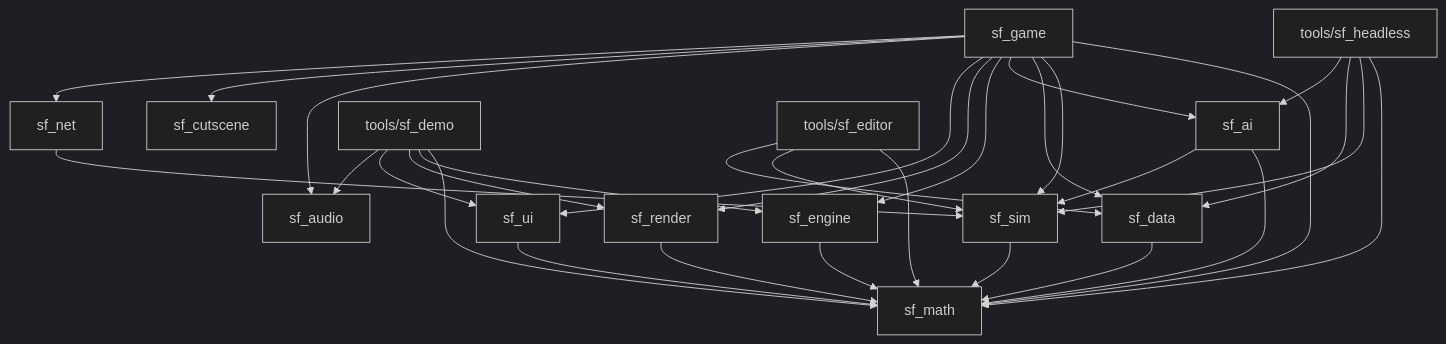
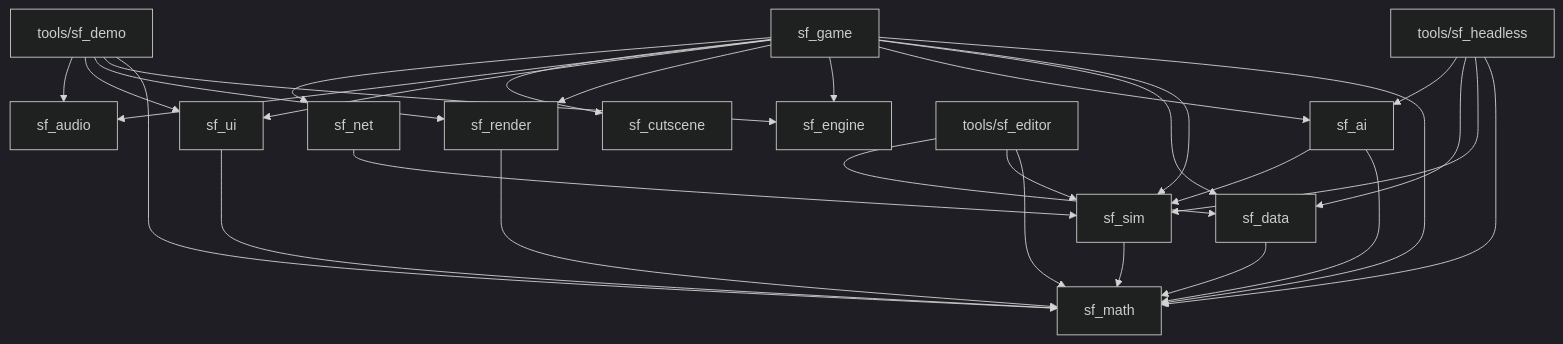
One commit to ultrasonicoverdrive/staalfront changed the diagram in docs/architecture.md. Above: the diagram before and after it, drawn with Mermaid (dark theme). The commit also changed other lines of this file and 4 other files, not shown here.

````diff
--- a/docs/architecture.md
+++ b/docs/architecture.md
@@ -44,33 +44,32 @@
 ```mermaid
 graph TD
   sf_sim --> sf_math
   sf_data --> sf_math
   sf_ai --> sf_math
   sf_ai --> sf_sim
   sf_render --> sf_math
   sf_ui --> sf_math
-  sf_engine --> sf_math
   sf_net --> sf_sim
   sf_game --> sf_math
   sf_game --> sf_sim
   sf_game --> sf_data
   sf_game --> sf_ai
   sf_game --> sf_engine
   sf_game --> sf_render
   sf_game --> sf_ui
   sf_game --> sf_audio
   sf_game --> sf_cutscene
   sf_game --> sf_net
   sf_headless[tools/sf_headless] --> sf_math
   sf_headless --> sf_sim
   sf_headless --> sf_data
   sf_headless --> sf_ai
   sf_demo[tools/sf_demo] --> sf_math
   sf_demo --> sf_engine
   sf_demo --> sf_render
   sf_demo --> sf_ui
   sf_demo --> sf_audio
   sf_editor[tools/sf_editor] --> sf_math
   sf_editor --> sf_sim
   sf_editor --> sf_data
 ```
````
